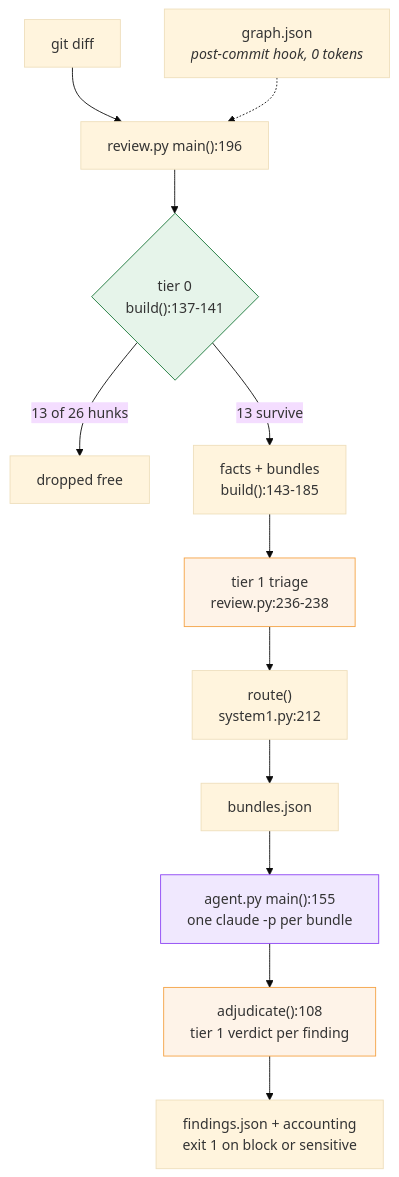
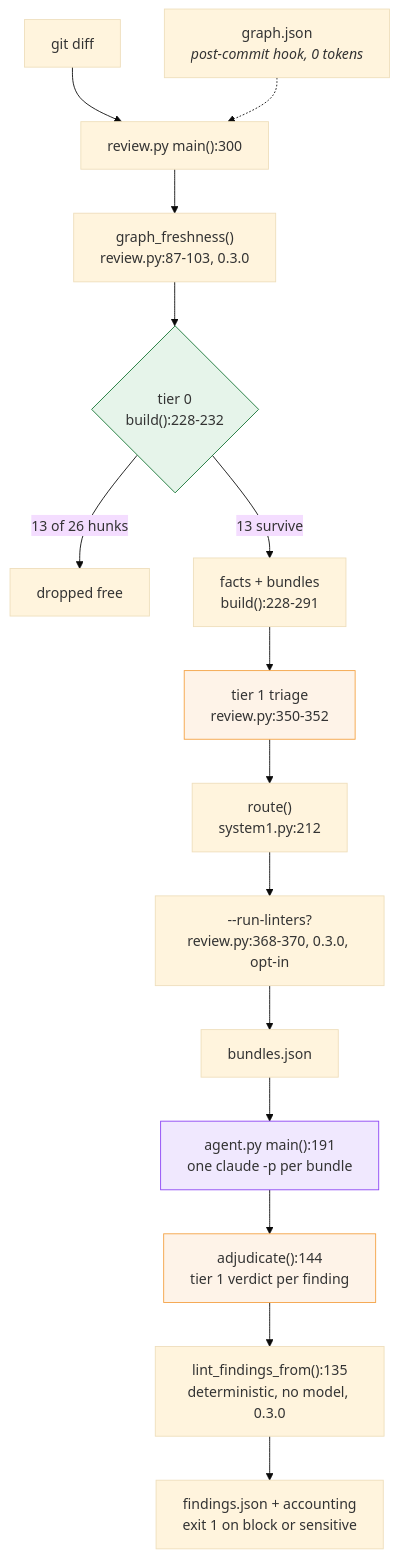
The first of 4 diagrams in docs/call-flow.md (liem18112000/graph-code-review-agent), drawn with Mermaid (base theme) before and after one commit. The commit also changed other lines of this file and 19 other files, not shown here.

````diff
--- a/docs/call-flow.md
+++ b/docs/call-flow.md
@@ -15,22 +15,25 @@
 ```mermaid
 flowchart TD
-    D["git diff"] --> RP["review.py main():196"]
+    D["git diff"] --> RP["review.py main():300"]
     G["graph.json<br/><i>post-commit hook, 0 tokens</i>"] -.-> RP
 
-    RP --> T0{"tier 0<br/>build():137-141"}
+    RP --> FRESH["graph_freshness()<br/>review.py:87-103, 0.3.0"]
+    FRESH --> T0{"tier 0<br/>build():228-232"}
     T0 -->|"13 of 26 hunks"| DROP["dropped free"]
-    T0 -->|"13 survive"| FACTS["facts + bundles<br/>build():143-185"]
+    T0 -->|"13 survive"| FACTS["facts + bundles<br/>build():228-291"]
 
-    FACTS --> T1["tier 1 triage<br/>review.py:236-238"]
+    FACTS --> T1["tier 1 triage<br/>review.py:350-352"]
     T1 --> ROUTE["route()<br/>system1.py:212"]
-    ROUTE --> JSON["bundles.json"]
+    ROUTE --> LINT["--run-linters?<br/>review.py:368-370, 0.3.0, opt-in"]
+    LINT --> JSON["bundles.json"]
 
-    JSON --> AG["agent.py main():155<br/>one claude -p per bundle"]
-    AG --> VERD["adjudicate():108<br/>tier 1 verdict per finding"]
-    VERD --> OUT["findings.json + accounting<br/>exit 1 on block or sensitive"]
+    JSON --> AG["agent.py main():191<br/>one claude -p per bundle"]
+    AG --> VERD["adjudicate():144<br/>tier 1 verdict per finding"]
+    VERD --> LINTF["lint_findings_from():135<br/>deterministic, no model, 0.3.0"]
+    LINTF --> OUT["findings.json + accounting<br/>exit 1 on block or sensitive"]
 
     style T0 fill:#e6f4ea,stroke:#137333
     style T1 fill:#fef3e8,stroke:#f4a142
     style VERD fill:#fef3e8,stroke:#f4a142
     style AG fill:#f0e8fe,stroke:#8b42f4
 ```
````
